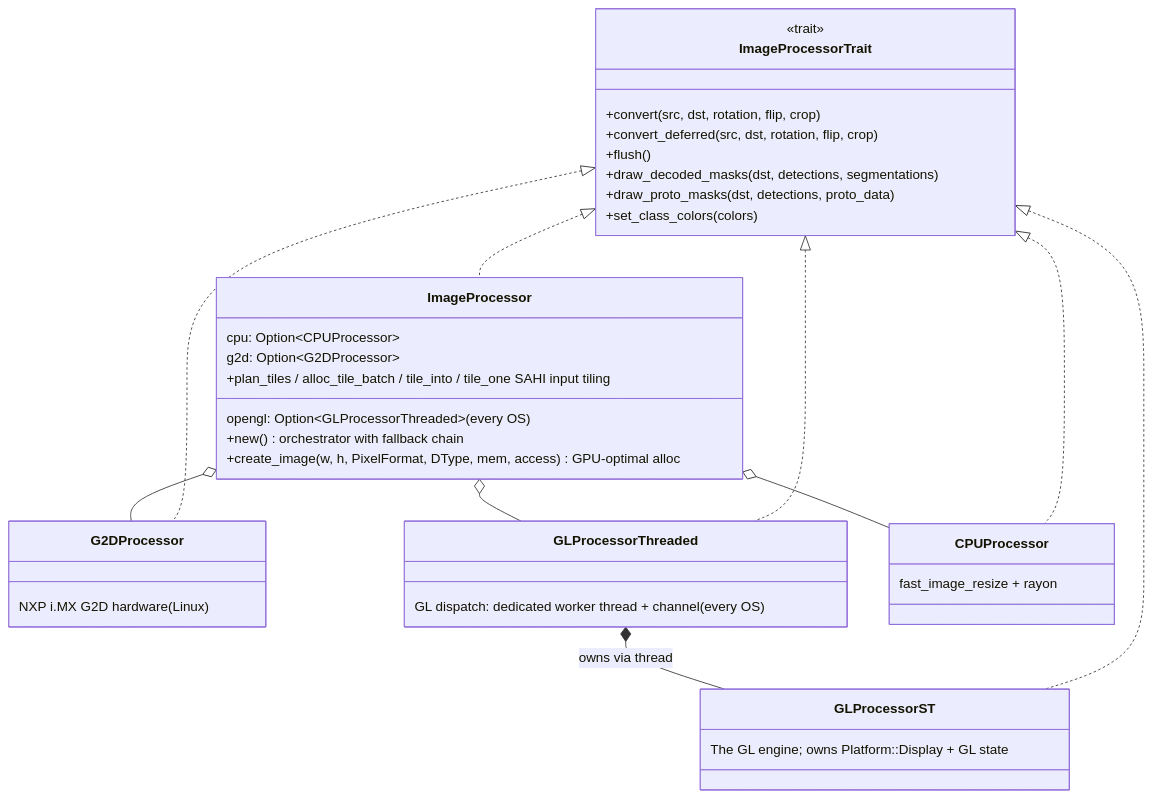
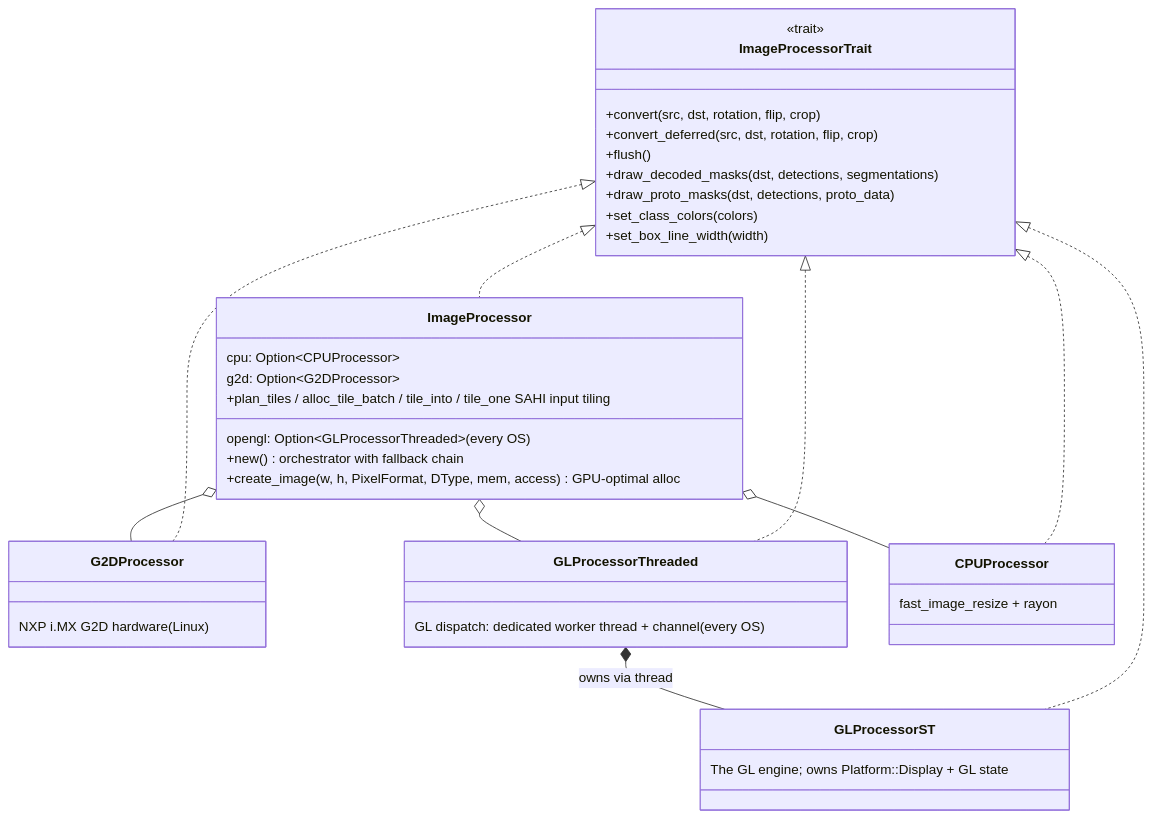
The first of 3 diagrams in crates/image/ARCHITECTURE.md (EdgeFirstAI/hal), drawn with Mermaid before and after one commit. The commit also changed other lines of this file and 16 other files, not shown here.

Commit message:
Add a box line width setting for mask and box drawing

````diff
--- a/crates/image/ARCHITECTURE.md
+++ b/crates/image/ARCHITECTURE.md
@@ -60,36 +60,37 @@
 ```mermaid
 classDiagram
     class ImageProcessorTrait {
         <<trait>>
         +convert(src, dst, rotation, flip, crop)
         +convert_deferred(src, dst, rotation, flip, crop)
         +flush()
         +draw_decoded_masks(dst, detections, segmentations)
         +draw_proto_masks(dst, detections, proto_data)
         +set_class_colors(colors)
+        +set_box_line_width(width)
     }
 
     class ImageProcessor {
         cpu: Option~CPUProcessor~
         g2d: Option~G2DProcessor~
         opengl: Option~GLProcessorThreaded~ (every OS)
         +new() orchestrator with fallback chain
         +create_image(w, h, PixelFormat, DType, mem, access) GPU-optimal alloc
         +plan_tiles / alloc_tile_batch / tile_into / tile_one  SAHI input tiling
     }
 
     class G2DProcessor { NXP i.MX G2D hardware (Linux) }
     class GLProcessorThreaded { GL dispatch: dedicated worker thread + channel (every OS) }
     class GLProcessorST { The GL engine; owns Platform::Display + GL state }
     class CPUProcessor { fast_image_resize + rayon }
 
     ImageProcessorTrait <|.. ImageProcessor
     ImageProcessorTrait <|.. G2DProcessor
     ImageProcessorTrait <|.. GLProcessorThreaded
     ImageProcessorTrait <|.. GLProcessorST
     ImageProcessorTrait <|.. CPUProcessor
     ImageProcessor o-- G2DProcessor
     ImageProcessor o-- GLProcessorThreaded
     ImageProcessor o-- CPUProcessor
     GLProcessorThreaded *-- GLProcessorST : owns via thread
 ```
````
